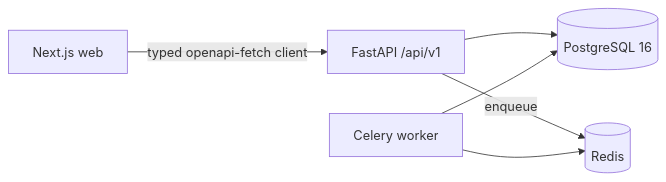
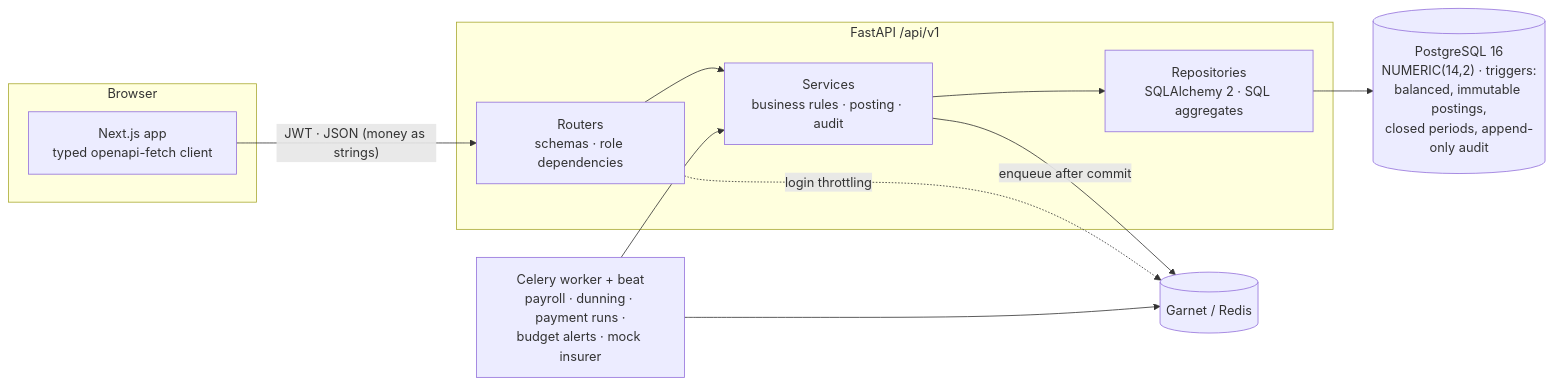
One commit to ssadman887/careledger changed the diagram in README.md. Above: the diagram before and after it, drawn with Mermaid. The commit also changed other lines of this file and 49 other files, not shown here.

````diff
--- a/README.md
+++ b/README.md
@@ -78,8 +130,16 @@
 ```mermaid
 flowchart LR
-  W[Next.js web] -- typed openapi-fetch client --> A[FastAPI /api/v1]
-  A --> P[(PostgreSQL 16)]
-  A -- enqueue --> R[(Redis)]
-  K[Celery worker] --> R
-  K --> P
+  subgraph Browser
+    W["Next.js app<br/>typed openapi-fetch client"]
+  end
+  subgraph API["FastAPI /api/v1"]
+    R["Routers<br/>schemas · role dependencies"] --> S["Services<br/>business rules · posting · audit"]
+    S --> Rp["Repositories<br/>SQLAlchemy 2 · SQL aggregates"]
+  end
+  W -- "JWT · JSON (money as strings)" --> R
+  Rp --> P[("PostgreSQL 16<br/>NUMERIC(14,2) · triggers:<br/>balanced, immutable postings,<br/>closed periods, append-only audit")]
+  S -- "enqueue after commit" --> G[("Garnet / Redis")]
+  K["Celery worker + beat<br/>payroll · dunning · payment runs ·<br/>budget alerts · mock insurer"] --> G
+  K --> S
+  R -. "login throttling" .-> G
 ```
````
